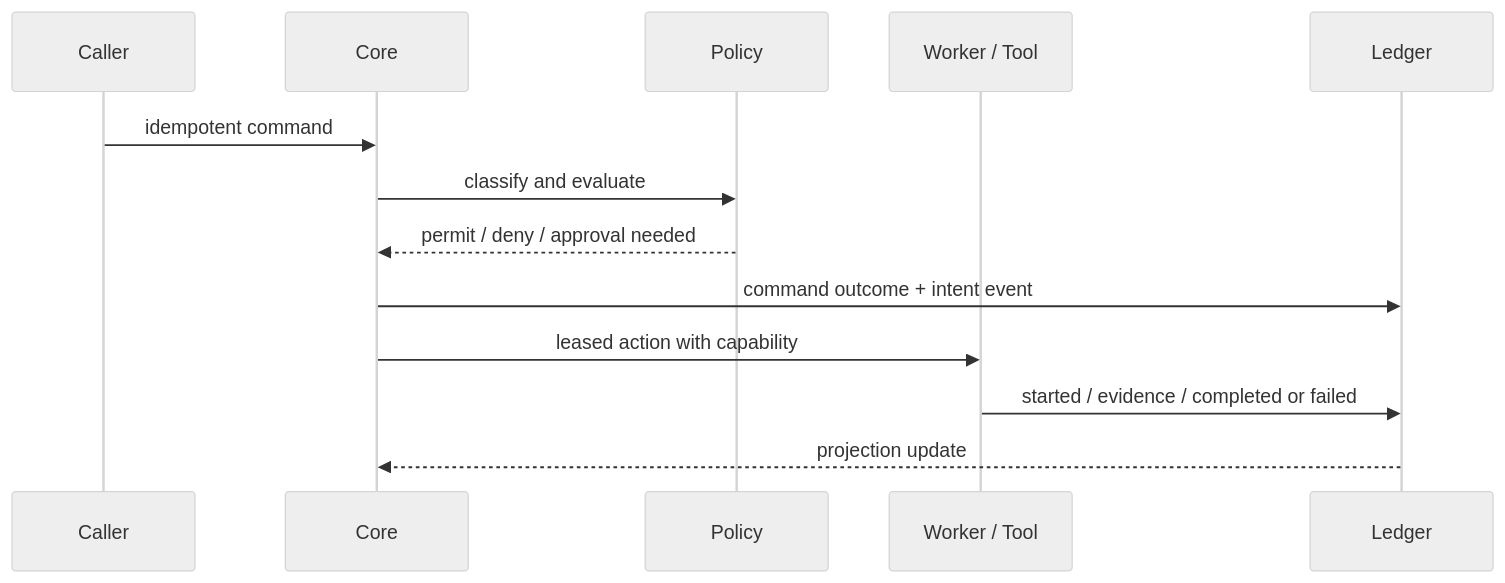
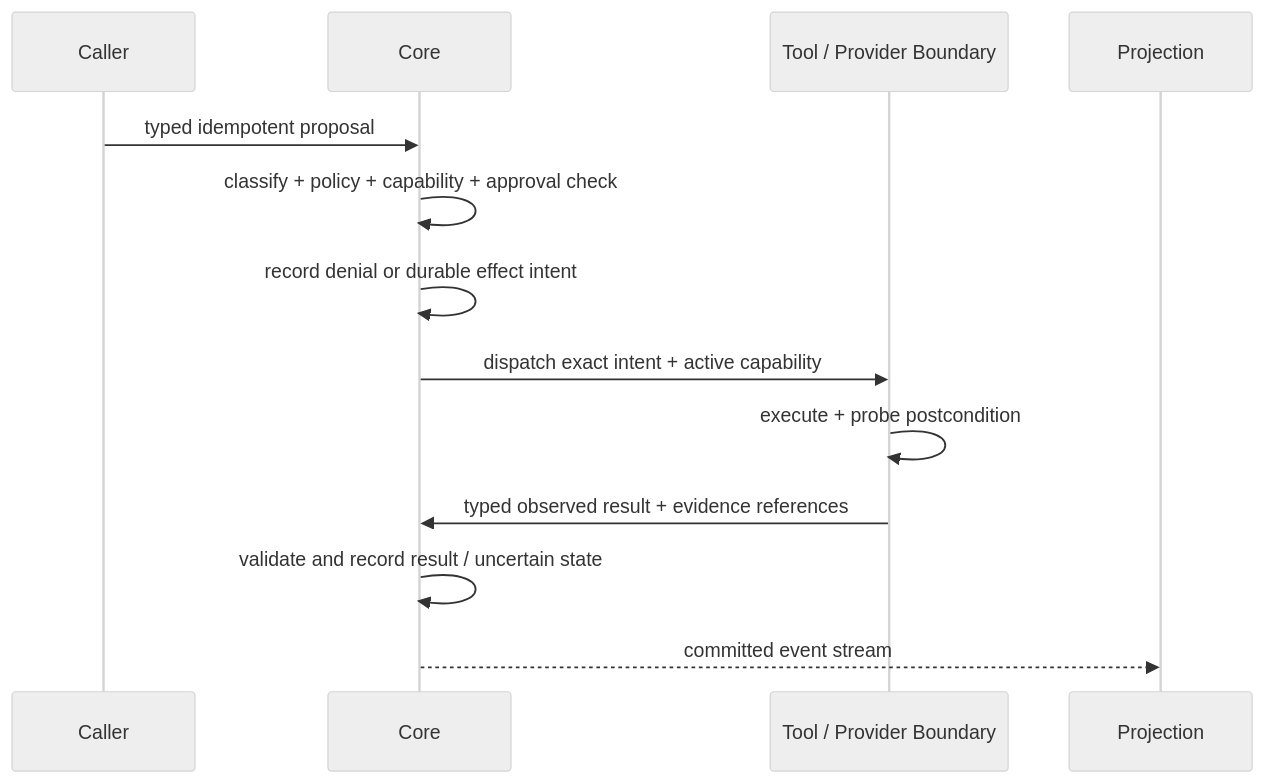
The diagram in docs/17_Event_System.md (wepld/wepld), drawn with Mermaid (neutral theme) before and after one commit. The commit also changed other lines of this file and 46 other files, not shown here.

Commit message:
docs: define governed delivery and Hermes intelligence roadmap

```diff
--- a/docs/17_Event_System.md
+++ b/docs/17_Event_System.md
@@ -43,15 +60,15 @@
 ~~~mermaid
 sequenceDiagram
   participant Caller
   participant Core
-  participant Policy
-  participant Effect as Worker / Tool
-  participant Ledger
-  Caller->>Core: idempotent command
-  Core->>Policy: classify and evaluate
-  Policy-->>Core: permit / deny / approval needed
-  Core->>Ledger: command outcome + intent event
-  Core->>Effect: leased action with capability
-  Effect->>Ledger: started / evidence / completed or failed
-  Ledger-->>Core: projection update
+  participant Boundary as Tool / Provider Boundary
+  participant Projection
+  Caller->>Core: typed idempotent proposal
+  Core->>Core: classify + policy + capability + approval check
+  Core->>Core: record denial or durable effect intent
+  Core->>Boundary: dispatch exact intent + active capability
+  Boundary->>Boundary: execute + probe postcondition
+  Boundary->>Core: typed observed result + evidence references
+  Core->>Core: validate and record result / uncertain state
+  Core-->>Projection: committed event stream
 ~~~
```
